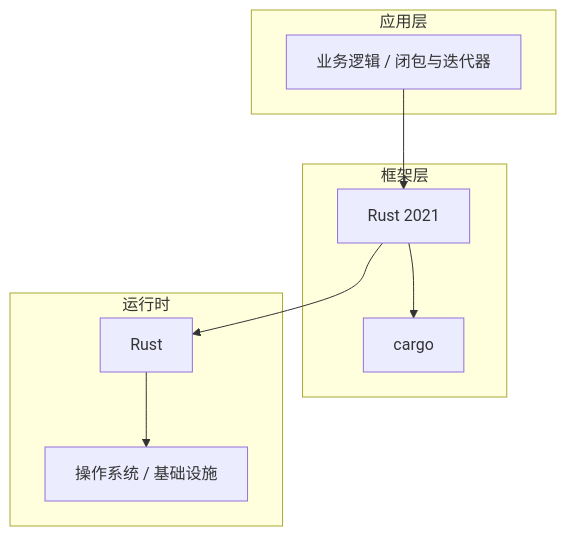
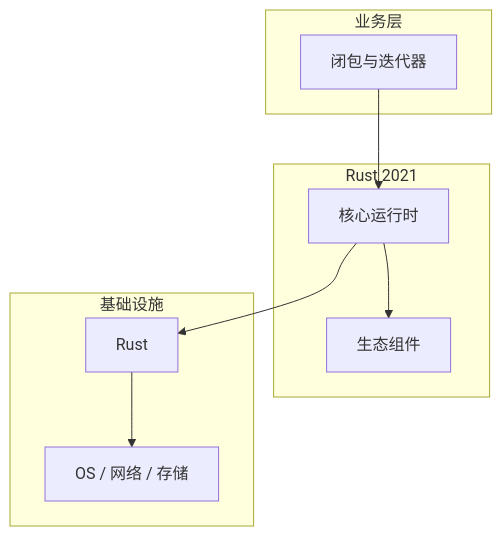
One commit to yanggan2015/knowledge-json-v2 changed the diagram in articles/Rust语言/chapters/071-闭包与迭代器核心概念与原理.md. Above: the diagram before and after it, drawn with Mermaid. The commit also changed other lines of this file and 10127 other files, not shown here.

````diff
--- a/articles/Rust语言/chapters/071-闭包与迭代器核心概念与原理.md
+++ b/articles/Rust语言/chapters/071-闭包与迭代器核心概念与原理.md
@@ -45,18 +34,18 @@
 ```mermaid
 graph TB
-    subgraph 应用层
-        A[业务逻辑 / 闭包与迭代器]
+    subgraph 业务层
+        A[闭包与迭代器]
     end
-    subgraph 框架层
-        B[Rust 2021]
-        C[cargo]
+    subgraph Rust 2021
+        B[核心运行时]
+        C[生态组件]
     end
-    subgraph 运行时
+    subgraph 基础设施
         D[Rust]
-        E[操作系统 / 基础设施]
+        E[OS / 网络 / 存储]
     end
     A --> B
     B --> C
     B --> D
     D --> E
 ```
````
